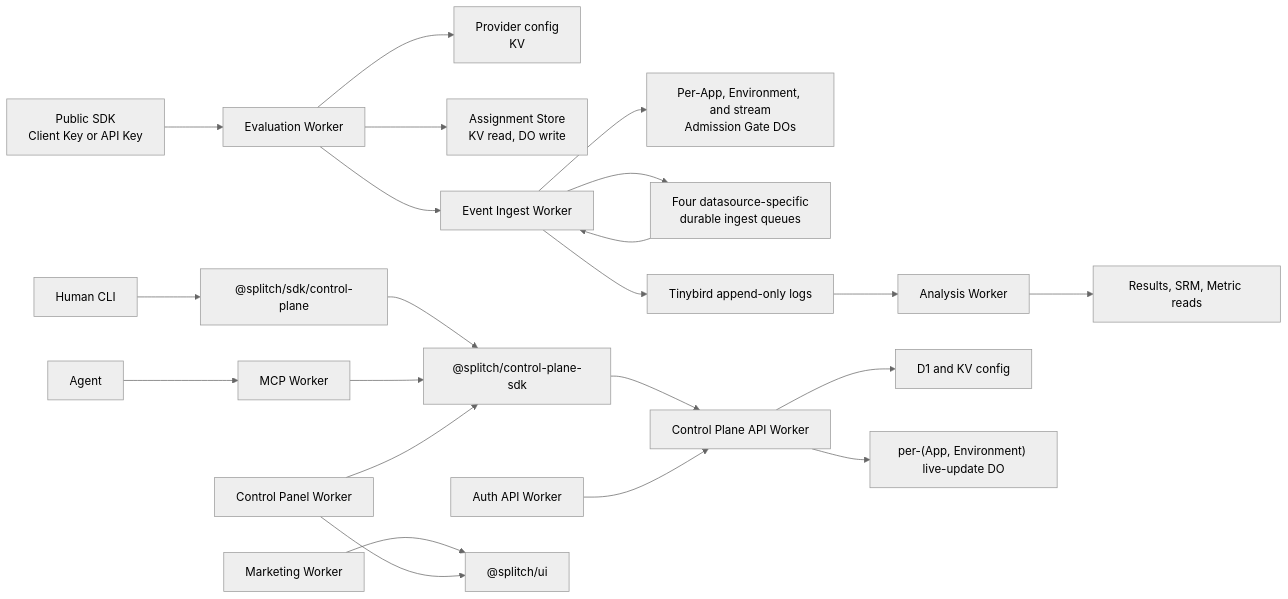
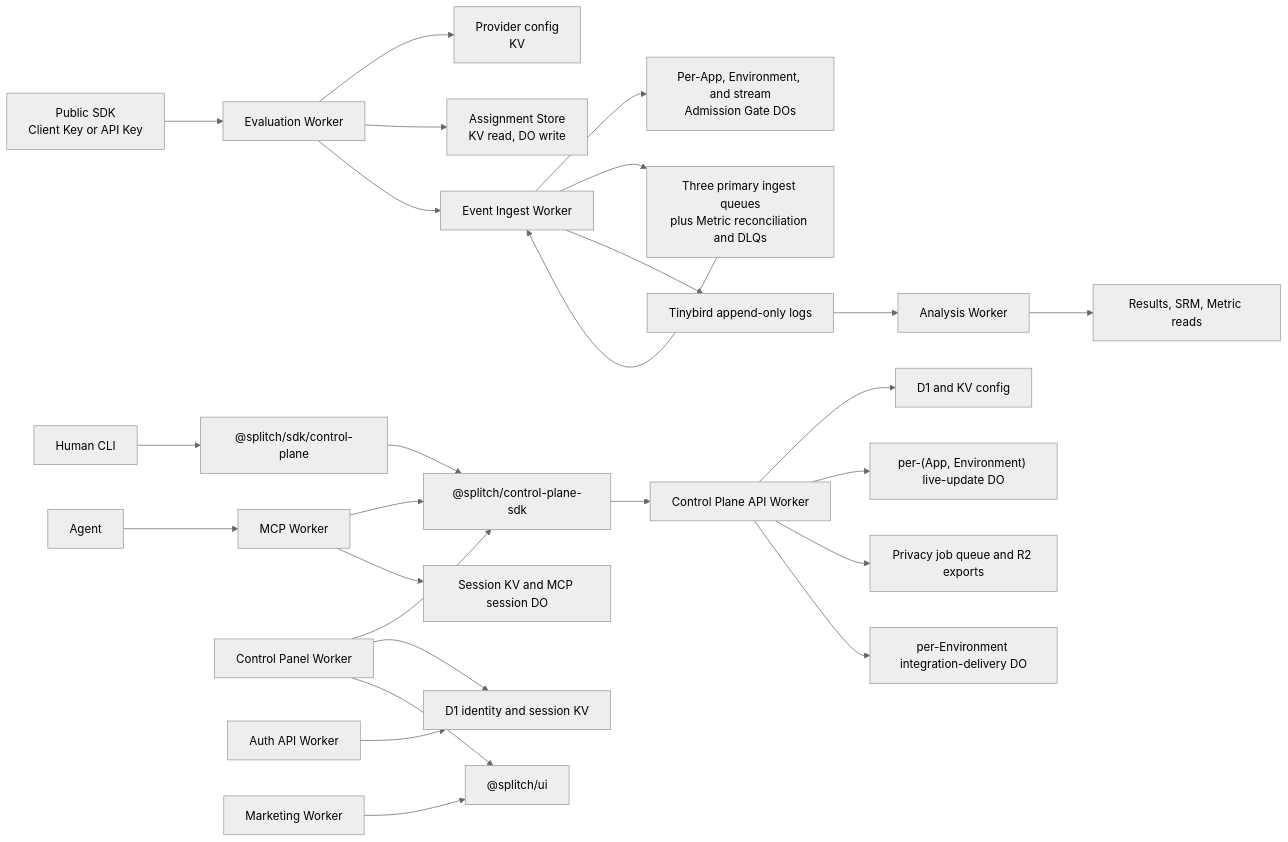
The diagram in docs/architecture/system-architecture.md (zaks-io/splitch), drawn with Mermaid (neutral theme) before and after one commit. The commit also changed other lines of this file and 186 other files, not shown here.

````diff
--- a/docs/architecture/system-architecture.md
+++ b/docs/architecture/system-architecture.md
@@ -20,25 +20,29 @@
 ```mermaid
 flowchart LR
   SDK["Public SDK<br/>Client Key or API Key"] --> Eval["Evaluation Worker"]
   Eval --> Provider["Provider config<br/>KV"]
   Eval --> Store["Assignment Store<br/>KV read, DO write"]
   Eval --> Ingest["Event Ingest Worker"]
   Ingest --> Admission["Per-App, Environment, and stream<br/>Admission Gate DOs"]
-  Ingest --> Queue["Four datasource-specific<br/>durable ingest queues"]
+  Ingest --> Queue["Three primary ingest queues<br/>plus Metric reconciliation and DLQs"]
   Queue --> Ingest
   Ingest --> Tinybird["Tinybird append-only logs"]
   Tinybird --> Analysis["Analysis Worker"]
   Analysis --> Results["Results, SRM, Metric reads"]
 
   Human["Human CLI"] --> PublicControlPlane["@splitch/sdk/control-plane"]
   PublicControlPlane --> Client["@splitch/control-plane-sdk"]
   Agent["Agent"] --> MCP["MCP Worker"]
   MCP --> Client
   Client --> CPA["Control Plane API Worker"]
   Panel["Control Panel Worker"] --> Client
   CPA --> D1["D1 and KV config"]
   CPA --> Fanout["per-(App, Environment) live-update DO"]
-  Auth["Auth API Worker"] --> CPA
+  Auth["Auth API Worker"] --> Identity["D1 identity and session KV"]
+  Panel --> Identity
+  MCP --> Sessions["Session KV and MCP session DO"]
+  CPA --> Privacy["Privacy job queue and R2 exports"]
+  CPA --> Delivery["per-Environment integration-delivery DO"]
   Marketing["Marketing Worker"] --> UI["@splitch/ui"]
   Panel --> UI
 ```
````
